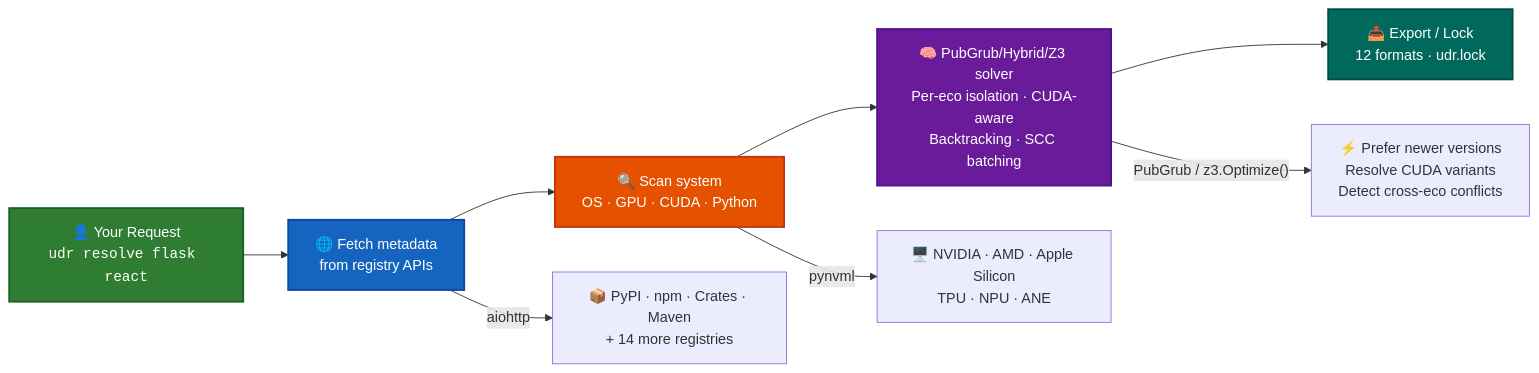
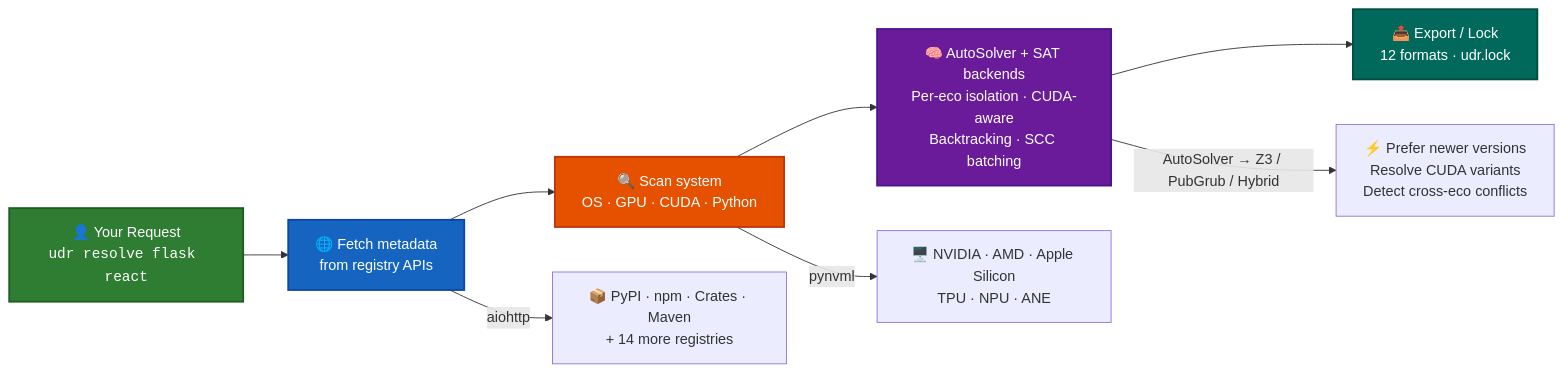
One commit to code-with-zeeshan/universal-dependency-resolver changed the diagram in README.md. Above: the diagram before and after it, drawn with Mermaid. The commit also changed other lines of this file and 156 other files, not shown here.

````diff
--- a/README.md
+++ b/README.md
@@ -196,18 +196,18 @@
 ```mermaid
 flowchart LR
     A["👤 Your Request<br/><code>udr resolve flask react</code>"] --> B
     B["🌐 Fetch metadata<br/>from registry APIs"] --> C
     C["🔍 Scan system<br/>OS · GPU · CUDA · Python"] --> D
-    D["🧠 PubGrub/Hybrid/Z3 solver<br/>Per-eco isolation · CUDA-aware<br/>Backtracking · SCC batching"] --> E
+    D["🧠 AutoSolver + SAT backends<br/>Per-eco isolation · CUDA-aware<br/>Backtracking · SCC batching"] --> E
     E["📤 Export / Lock<br/>12 formats · udr.lock"]
 
     B -->|"aiohttp"| F["📦 PyPI · npm · Crates · Maven<br/>+ 14 more registries"]
     C -->|"pynvml"| G["🖥️ NVIDIA · AMD · Apple Silicon<br/>TPU · NPU · ANE"]
-    D -->|"PubGrub / z3.Optimize()"| H["⚡ Prefer newer versions<br/>Resolve CUDA variants<br/>Detect cross-eco conflicts"]
+    D -->|"AutoSolver → Z3 / PubGrub / Hybrid"| H["⚡ Prefer newer versions<br/>Resolve CUDA variants<br/>Detect cross-eco conflicts"]
 
     style A fill:#2e7d32,color:#fff,stroke:#1b5e20,stroke-width:2px
     style B fill:#1565c0,color:#fff,stroke:#0d47a1,stroke-width:2px
     style C fill:#e65100,color:#fff,stroke:#bf360c,stroke-width:2px
     style D fill:#6a1b9a,color:#fff,stroke:#4a148c,stroke-width:2px
     style E fill:#00695c,color:#fff,stroke:#004d40,stroke-width:2px
 ```
````
